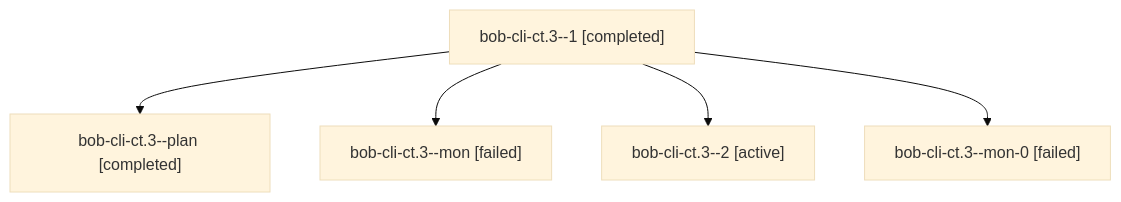
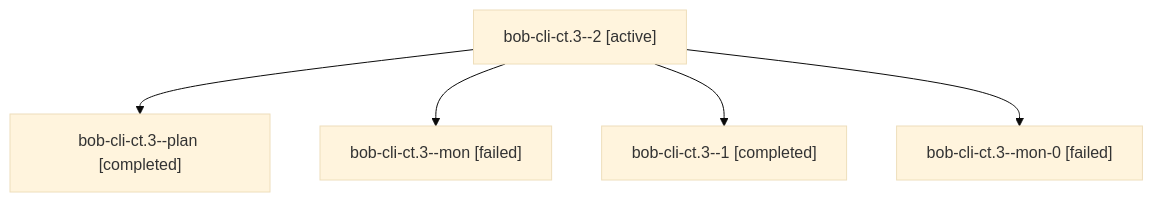
Before and after one commit to bobs-org/bob-cli--agents: the diagram in sessions/bbugyi200.athena.bob-cli-ct.3.md, drawn with Mermaid (base theme). The commit also changed other lines of this file and 44 other files, not shown here.

````diff
--- a/sessions/bbugyi200.athena.bob-cli-ct.3.md
+++ b/sessions/bbugyi200.athena.bob-cli-ct.3.md
@@ -9,12 +9,12 @@
 ```mermaid
 flowchart TD
-  n0["bob-cli-ct.3--1 [completed]"]
+  n0["bob-cli-ct.3--2 [active]"]
   n1["bob-cli-ct.3--plan [completed]"]
   n0 --> n1
   n2["bob-cli-ct.3--mon [failed]"]
   n0 --> n2
-  n3["bob-cli-ct.3--2 [active]"]
+  n3["bob-cli-ct.3--1 [completed]"]
   n0 --> n3
   n4["bob-cli-ct.3--mon-0 [failed]"]
   n0 --> n4
 ```
````
